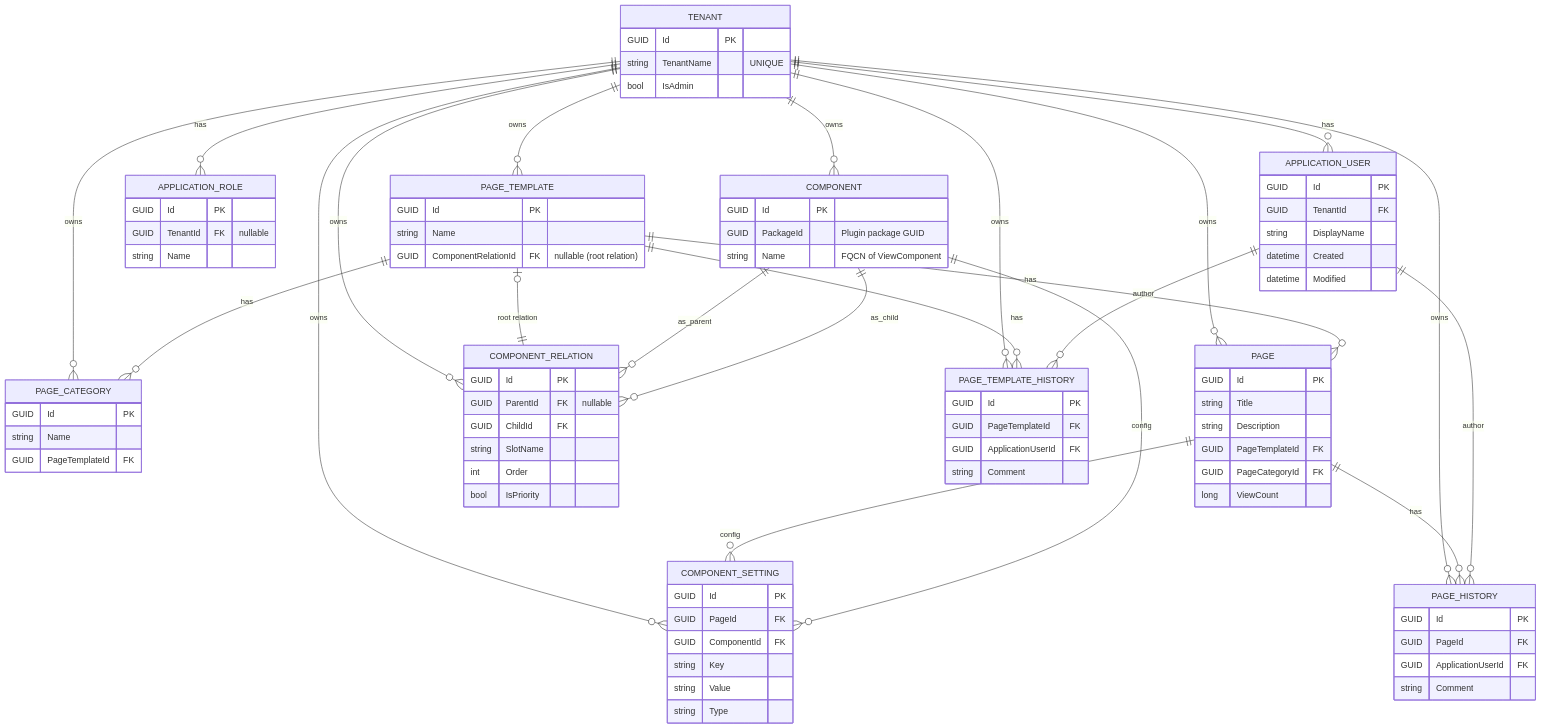
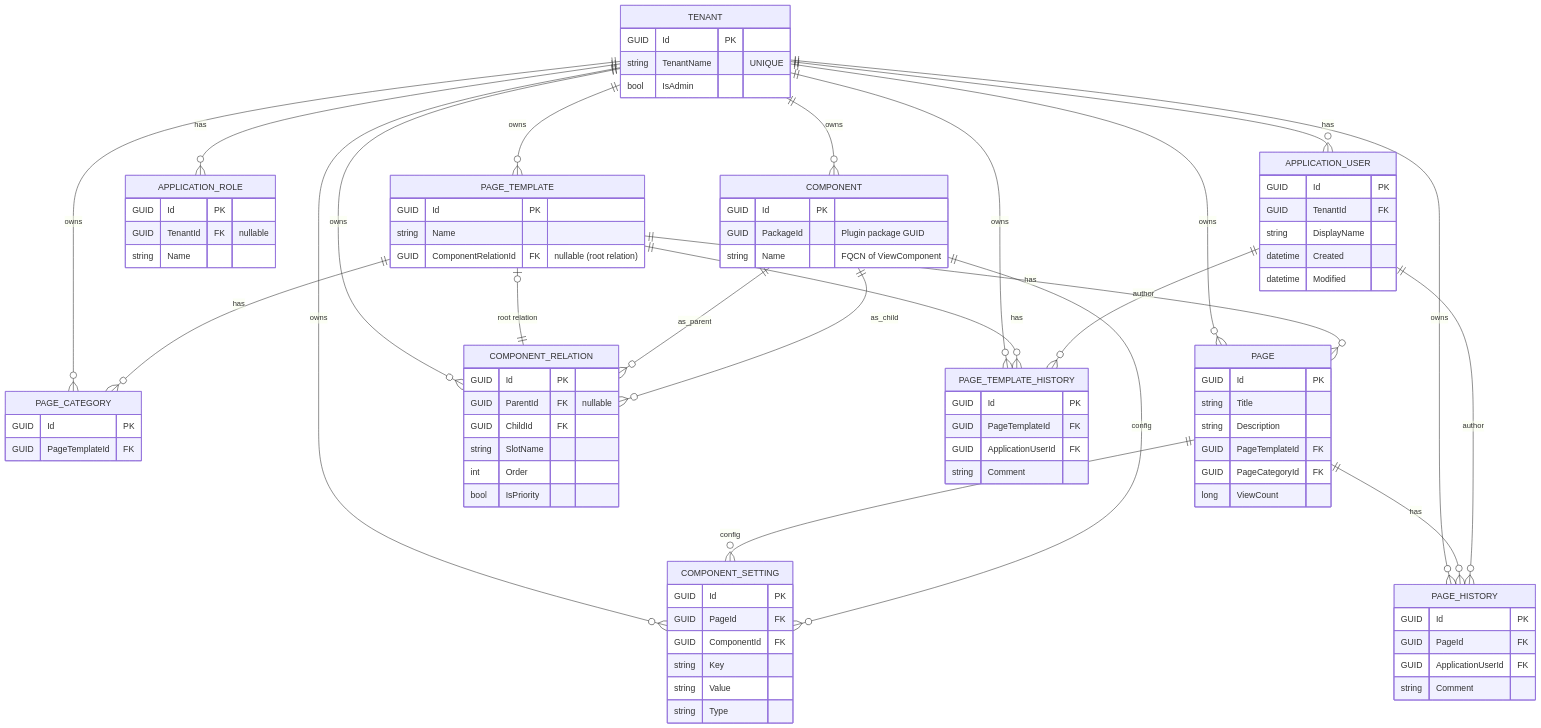
The third of 3 diagrams in README.md (kindai-micon/Micon.CMS), drawn with Mermaid before and after one commit. The commit also changed other lines of this file and 1 other file, not shown here.

```diff
--- a/README.md
+++ b/README.md
@@ -198,7 +381,6 @@
   }
   PAGE_CATEGORY {
     GUID Id PK
-    string Name
     GUID PageTemplateId FK
   }
   PAGE {
```
